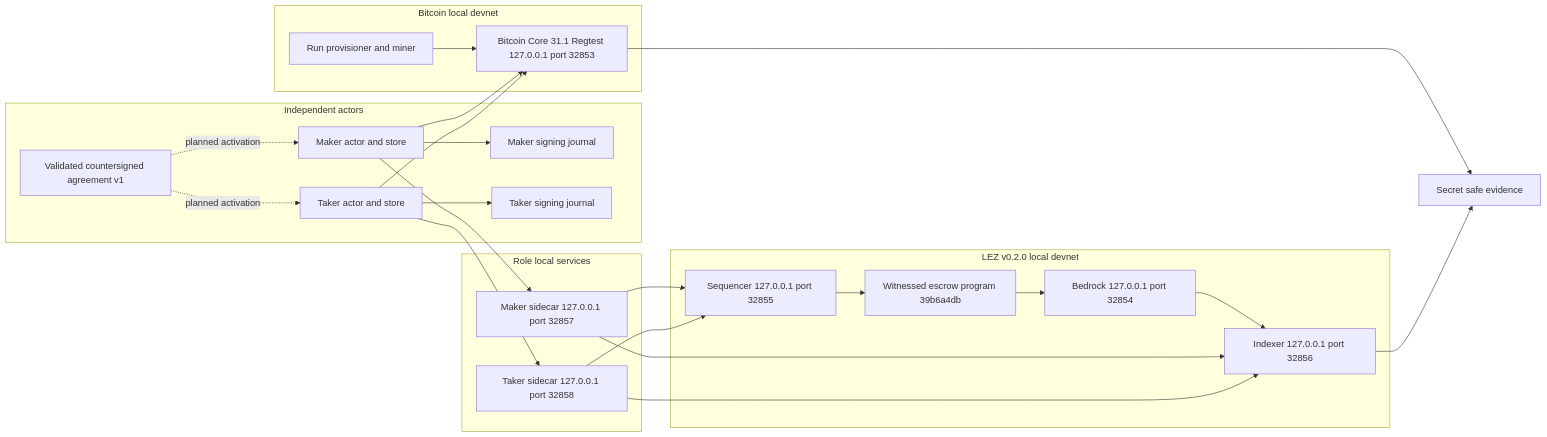
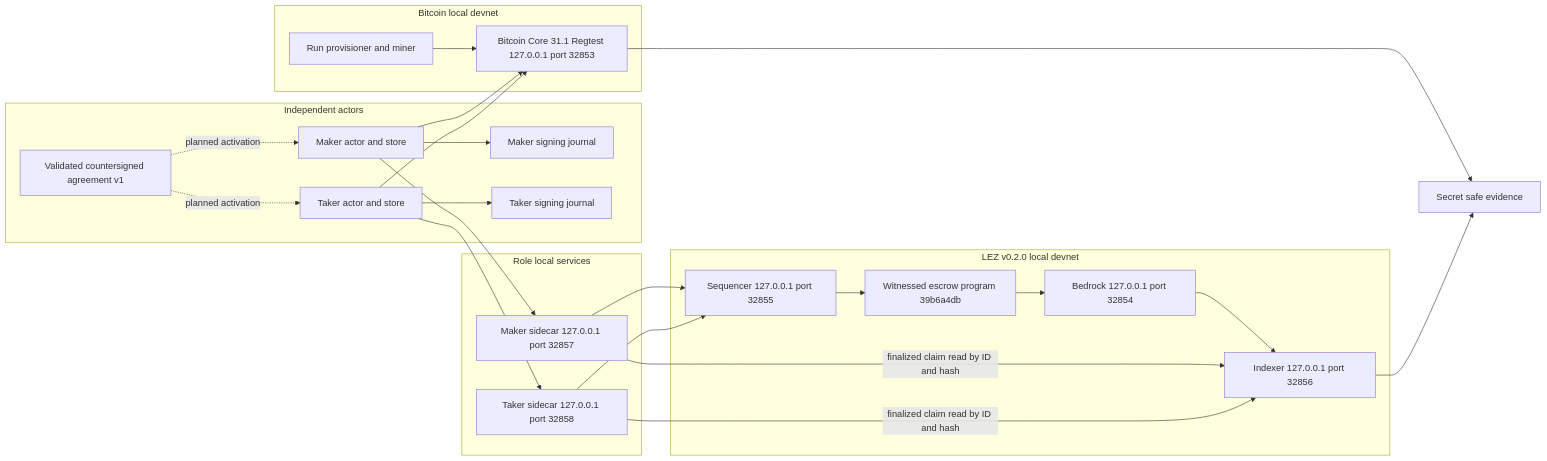
One commit to gateway-fm/lez-atomic-swaps changed the first of 4 diagrams in docs/architecture/0029-m3-bitcoin-local-poc-entry.md. Above: the diagram before and after it, drawn with Mermaid. The commit also changed other lines of this file and 28 other files, not shown here.

````diff
--- a/docs/architecture/0029-m3-bitcoin-local-poc-entry.md
+++ b/docs/architecture/0029-m3-bitcoin-local-poc-entry.md
@@ -41,46 +41,46 @@
 ```mermaid
 flowchart LR
     subgraph Actors["Independent actors"]
         Agreement["Validated countersigned agreement v1"]
         Maker["Maker actor and store"]
         Taker["Taker actor and store"]
         MakerSigner["Maker signing journal"]
         TakerSigner["Taker signing journal"]
         Maker --> MakerSigner
         Taker --> TakerSigner
         Agreement -. planned activation .-> Maker
         Agreement -. planned activation .-> Taker
     end
 
     subgraph RoleServices["Role local services"]
         MakerSidecar["Maker sidecar 127.0.0.1 port 32857"]
         TakerSidecar["Taker sidecar 127.0.0.1 port 32858"]
     end
 
     subgraph Bitcoin["Bitcoin local devnet"]
         Core["Bitcoin Core 31.1 Regtest 127.0.0.1 port 32853"]
         Miner["Run provisioner and miner"]
     end
 
     subgraph Lez["LEZ v0.2.0 local devnet"]
         Sequencer["Sequencer 127.0.0.1 port 32855"]
         Indexer["Indexer 127.0.0.1 port 32856"]
         Bedrock["Bedrock 127.0.0.1 port 32854"]
         Guest["Witnessed escrow program 39b6a4db"]
         Sequencer --> Guest
         Guest --> Bedrock
         Bedrock --> Indexer
     end
 
     Maker --> MakerSidecar
     Taker --> TakerSidecar
     MakerSidecar --> Sequencer
-    MakerSidecar --> Indexer
+    MakerSidecar -->|"finalized claim read by ID and hash"| Indexer
     TakerSidecar --> Sequencer
-    TakerSidecar --> Indexer
+    TakerSidecar -->|"finalized claim read by ID and hash"| Indexer
     Maker --> Core
     Taker --> Core
     Miner --> Core
     Core --> Evidence["Secret safe evidence"]
     Indexer --> Evidence
 ```
````
